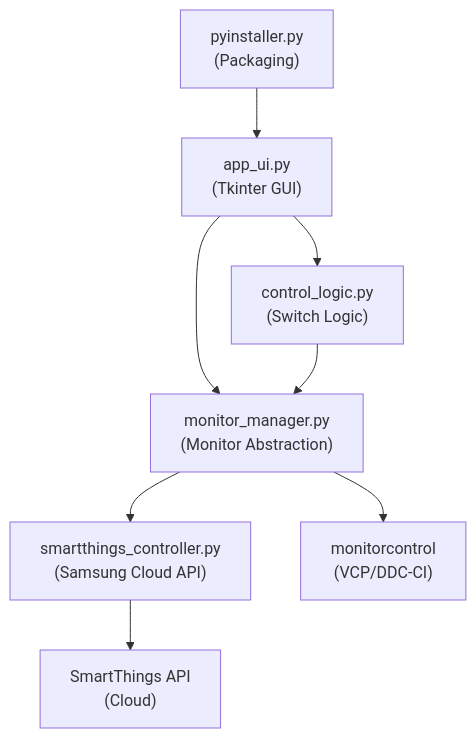
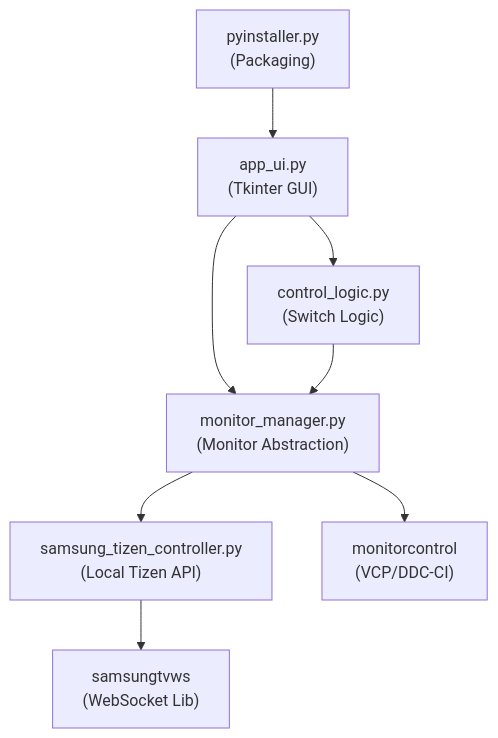
Before and after one commit to Chisho/Monitor-Input-Switch: the diagram in README.md, drawn with Mermaid. The commit also changed other lines of this file and 8 other files, not shown here.

Commit message:
Refactor: Remove SmartThings Cloud integration, consolidate to Local Tizen + VCP architecture

````diff
--- a/README.md
+++ b/README.md
@@ -57,18 +55,18 @@
 ```mermaid
 graph TD
     UI["app_ui.py<br/>(Tkinter GUI)"]
     MM["monitor_manager.py<br/>(Monitor Abstraction)"]
     CL["control_logic.py<br/>(Switch Logic)"]
-    ST["smartthings_controller.py<br/>(Samsung Cloud API)"]
+    TZ["samsung_tizen_controller.py<br/>(Local Tizen API)"]
     PyI["pyinstaller.py<br/>(Packaging)"]
     MonLib["monitorcontrol<br/>(VCP/DDC-CI)"]
-    API["SmartThings API<br/>(Cloud)"]
+    TVWS["samsungtvws<br/>(WebSocket Lib)"]
 
     UI --> MM
     UI --> CL
     MM --> MonLib
-    MM --> ST
-    ST --> API
+    MM --> TZ
+    TZ --> TVWS
     CL --> MM
     PyI --> UI
 ```
````
